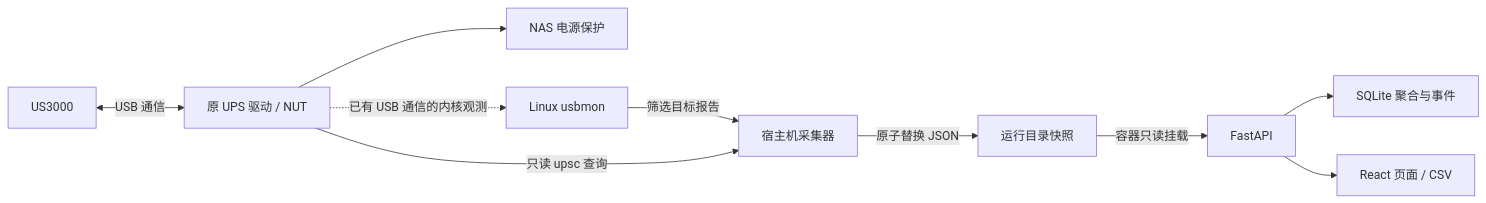
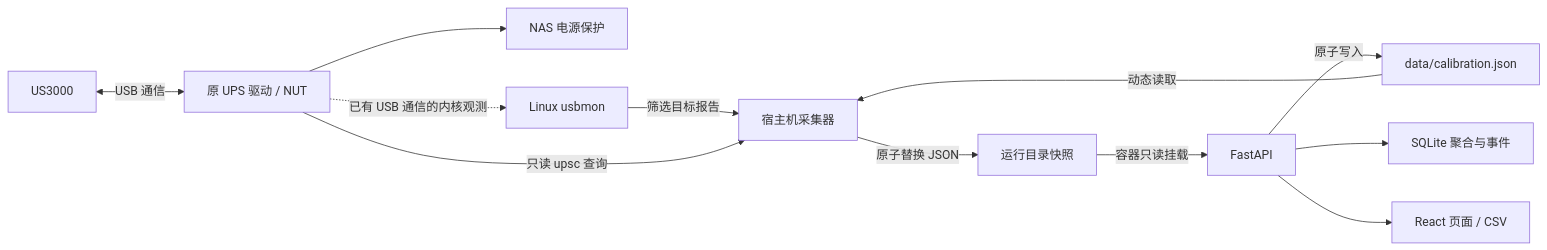
The diagram in docs/architecture.md (BSakura-Miku/ugreen-ups-panel), drawn with Mermaid before and after one commit. The commit also changed other lines of this file and 24 other files, not shown here.

````diff
--- a/docs/architecture.md
+++ b/docs/architecture.md
@@ -22,12 +23,14 @@
 ```mermaid
 flowchart LR
   UPS[US3000] <-->|USB 通信| NUT[原 UPS 驱动 / NUT]
   NUT --> PROTECT[NAS 电源保护]
   USBMON[Linux usbmon] -->|筛选目标报告| COLLECTOR[宿主机采集器]
   NUT -->|只读 upsc 查询| COLLECTOR
   COLLECTOR -->|原子替换 JSON| SNAPSHOT[运行目录快照]
   SNAPSHOT -->|容器只读挂载| API[FastAPI]
+  API -->|原子写入| CONFIG[data/calibration.json]
+  CONFIG -->|动态读取| COLLECTOR
   API --> HISTORY[SQLite 聚合与事件]
   API --> UI[React 页面 / CSV]
   NUT -.已有 USB 通信的内核观测.-> USBMON
 ```
````
